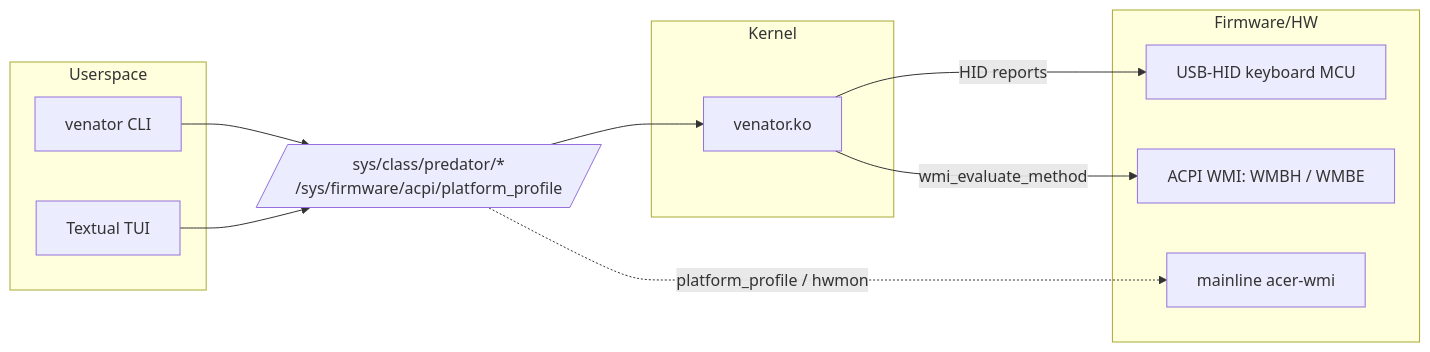
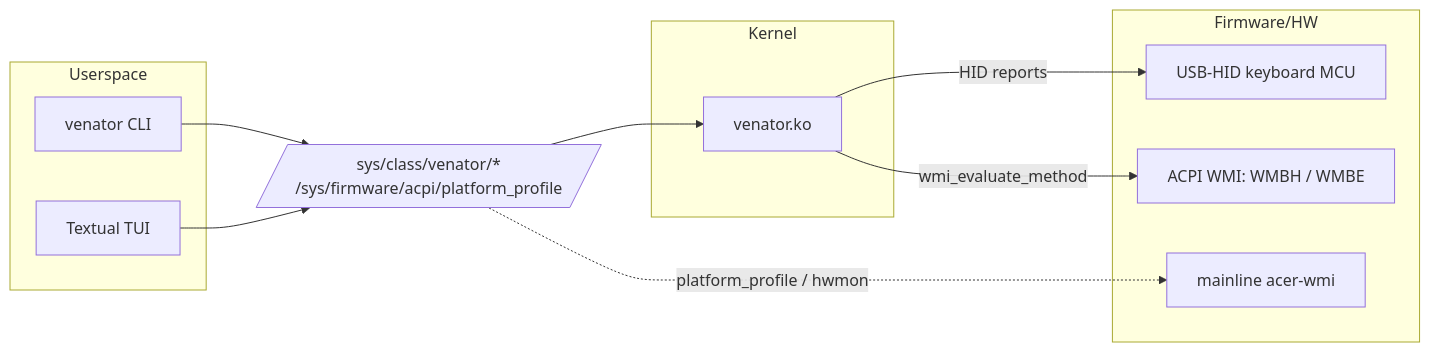
Before and after one commit to Exyons/Venator: the diagram in README.md, drawn with Mermaid. The commit also changed other lines of this file and 29 other files, not shown here.

````diff
--- a/README.md
+++ b/README.md
@@ -382,21 +382,21 @@
 ```mermaid
 flowchart LR
     subgraph Userspace
       CLI[venator CLI]
       TUI[Textual TUI]
     end
     subgraph Kernel
       MOD[venator.ko]
     end
     subgraph Firmware/HW
       HID[USB-HID keyboard MCU]
       WMI[ACPI WMI: WMBH / WMBE]
       ACER[mainline acer-wmi]
     end
 
-    CLI & TUI --> SYSFS[/sys/class/predator/*\n/sys/firmware/acpi/platform_profile/]
+    CLI & TUI --> SYSFS[/sys/class/venator/*\n/sys/firmware/acpi/platform_profile/]
     SYSFS --> MOD
     MOD -->|HID reports| HID
     MOD -->|wmi_evaluate_method| WMI
     SYSFS -.platform_profile / hwmon.-> ACER
 ```
````
